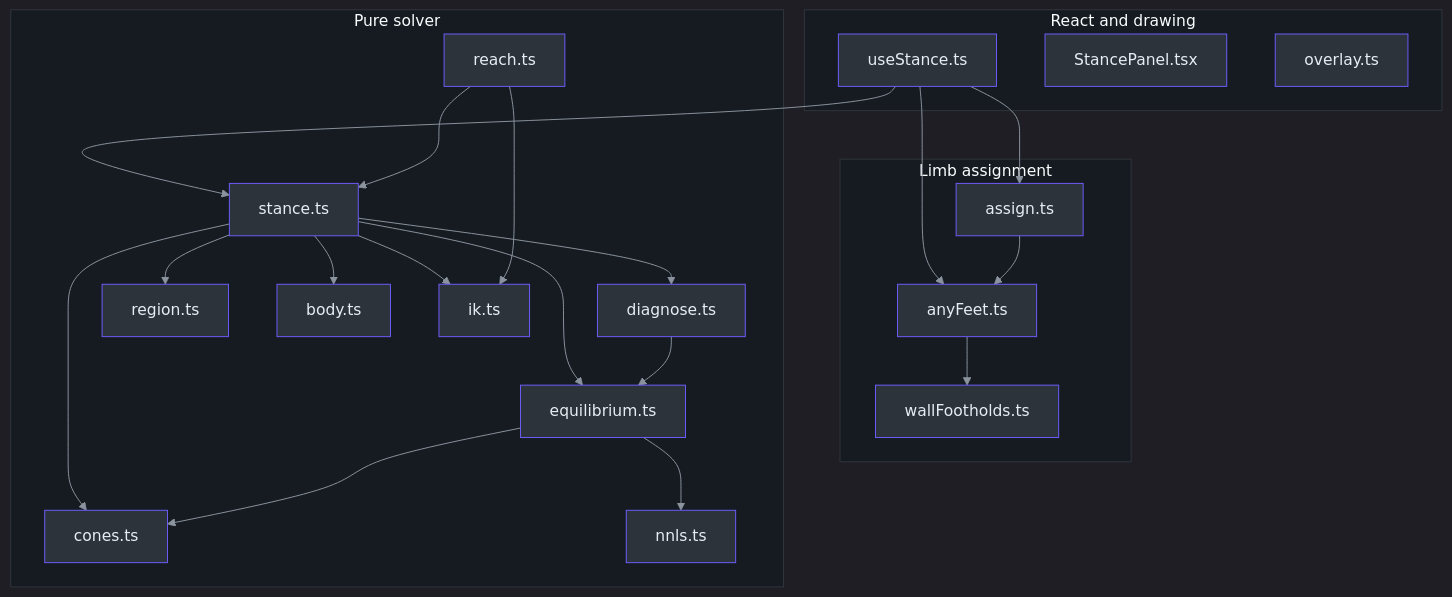
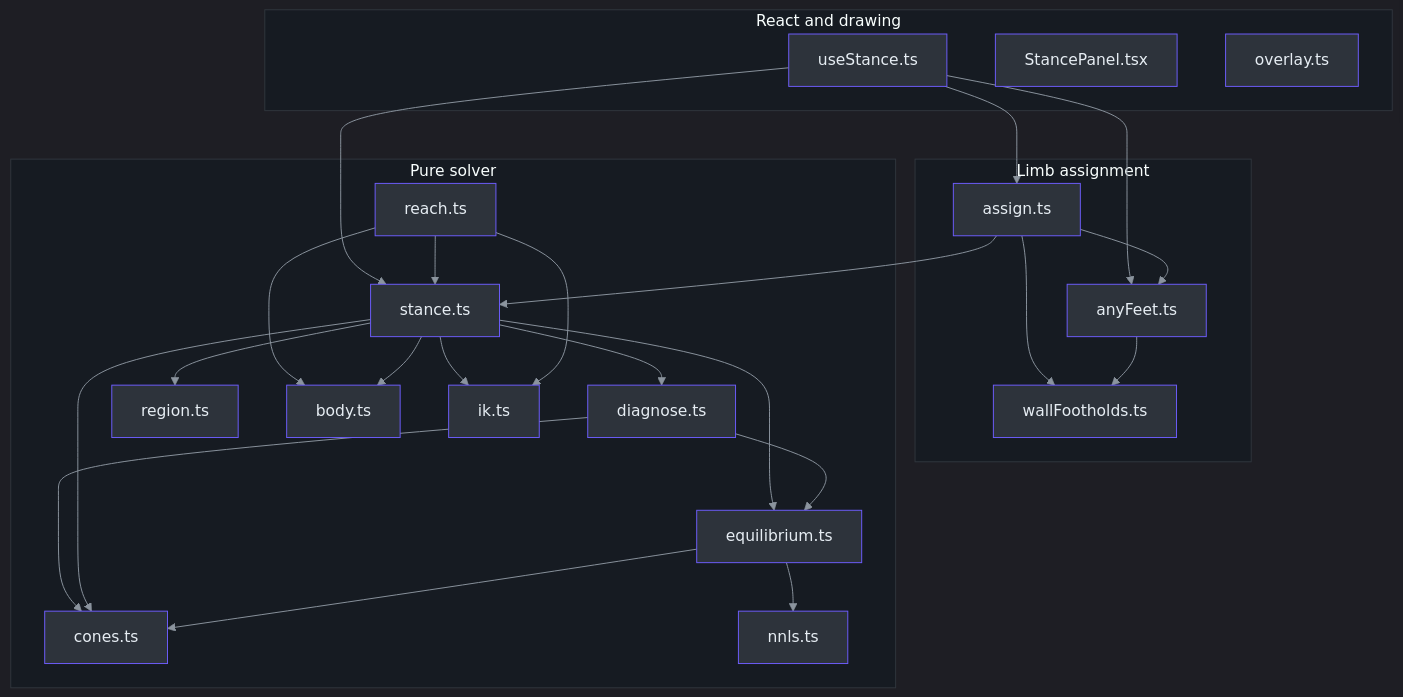
One commit to r03922123/bouldering-vis changed the first of 6 diagrams in docs/wiki/climber-stance.md. Above: the diagram before and after it, drawn with Mermaid. The commit also changed other lines of this file and 1 other file, not shown here.

````diff
--- a/docs/wiki/climber-stance.md
+++ b/docs/wiki/climber-stance.md
@@ -63,42 +63,46 @@
 ```mermaid
 %%{init: {'theme':'dark','themeVariables':{'primaryColor':'#2d333b','primaryBorderColor':'#6d5dfc','primaryTextColor':'#e6edf3','lineColor':'#8b949e','clusterBkg':'#161b22','clusterBorder':'#30363d'}}}%%
 graph TD
   classDef n fill:#2d333b,stroke:#6d5dfc,color:#e6edf3
   subgraph React["React and drawing"]
     US[useStance.ts]:::n
     SP[StancePanel.tsx]:::n
     OV[overlay.ts]:::n
   end
   subgraph Assign["Limb assignment"]
     AS[assign.ts]:::n
     AF[anyFeet.ts]:::n
     WF[wallFootholds.ts]:::n
   end
   subgraph Solver["Pure solver"]
     ST[stance.ts]:::n
     DG[diagnose.ts]:::n
     RG[region.ts]:::n
     EQ[equilibrium.ts]:::n
     CN[cones.ts]:::n
     NN[nnls.ts]:::n
     BD[body.ts]:::n
     IK[ik.ts]:::n
     RC[reach.ts]:::n
   end
   US --> AS
+  AS --> ST
+  AS --> WF
+  DG --> CN
+  RC --> BD
   US --> AF
   US --> ST
   AS --> AF
   AF --> WF
   ST --> BD
   ST --> IK
   ST --> CN
   ST --> EQ
   ST --> RG
   ST --> DG
   DG --> EQ
   EQ --> CN
   EQ --> NN
   RC --> ST
   RC --> IK
 ```
````
